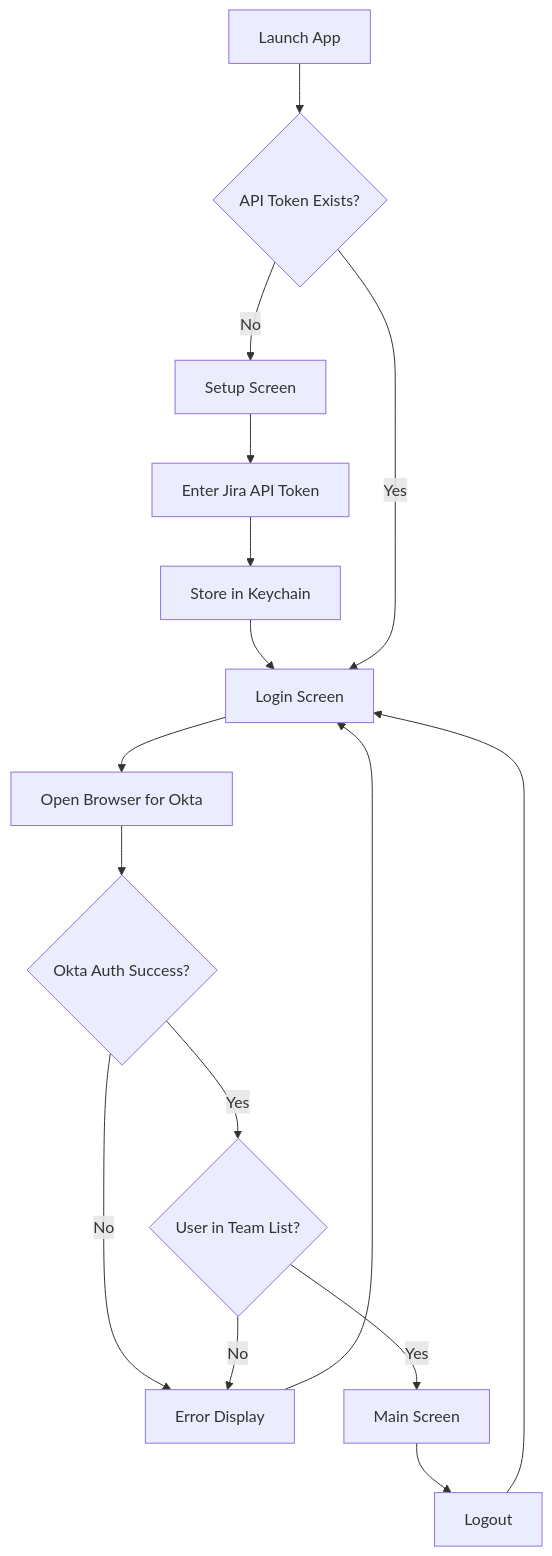
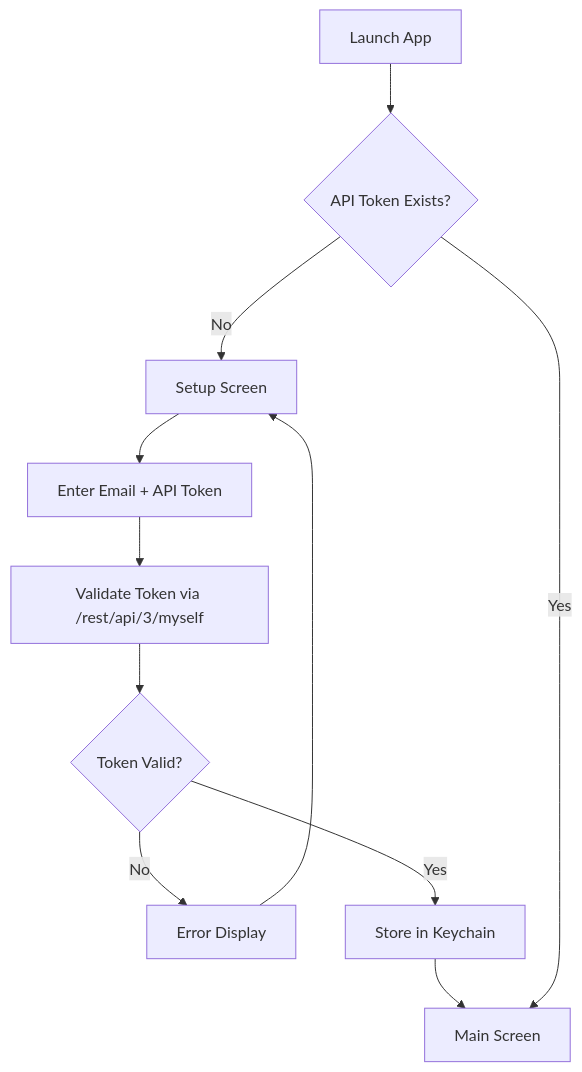
The diagram in documentation/product-details.md (stainedhead/gojira-tmux), drawn with Mermaid before and after one commit. The commit also changed other lines of this file and 31 other files, not shown here.

First line of the commit message:
feat: migrate to Jira REST API v3 and unify configuration structure

````diff
--- a/documentation/product-details.md
+++ b/documentation/product-details.md
@@ -7,18 +7,13 @@
 ```mermaid
 flowchart TD
     A[Launch App] --> B{API Token Exists?}
     B -->|No| C[Setup Screen]
-    C --> D[Enter Jira API Token]
-    D --> E[Store in Keychain]
-    E --> F[Login Screen]
-    B -->|Yes| F
-    F --> G[Open Browser for Okta]
-    G --> H{Okta Auth Success?}
-    H -->|No| I[Error Display]
-    I --> F
-    H -->|Yes| J{User in Team List?}
-    J -->|No| I
-    J -->|Yes| K[Main Screen]
-    K --> L[Logout]
-    L --> F
+    C --> D[Enter Email + API Token]
+    D --> E[Validate Token via /rest/api/3/myself]
+    E --> F{Token Valid?}
+    F -->|No| G[Error Display]
+    G --> C
+    F -->|Yes| H[Store in Keychain]
+    H --> I[Main Screen]
+    B -->|Yes| I
 ```
````
